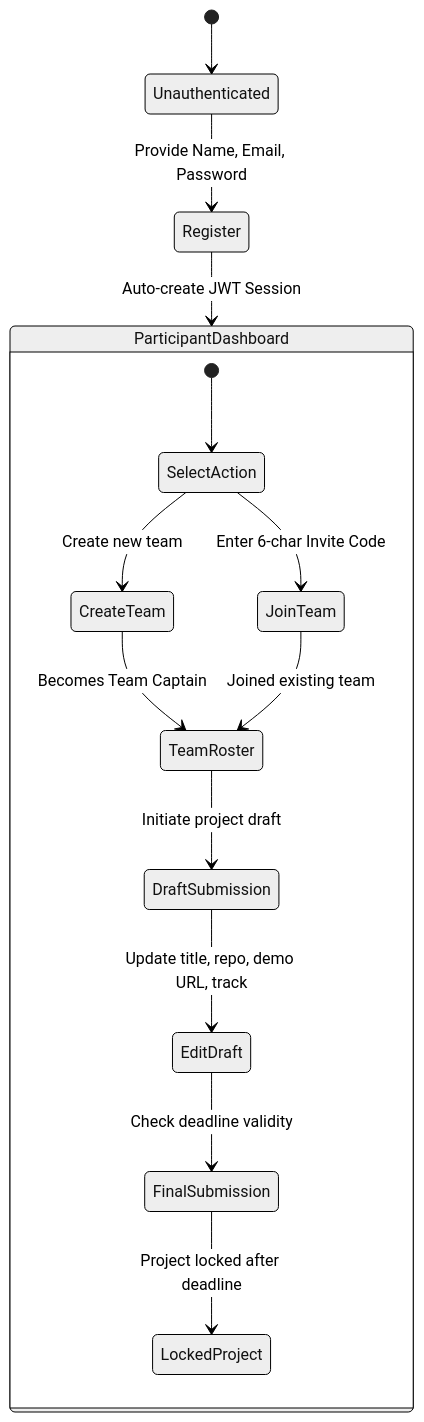
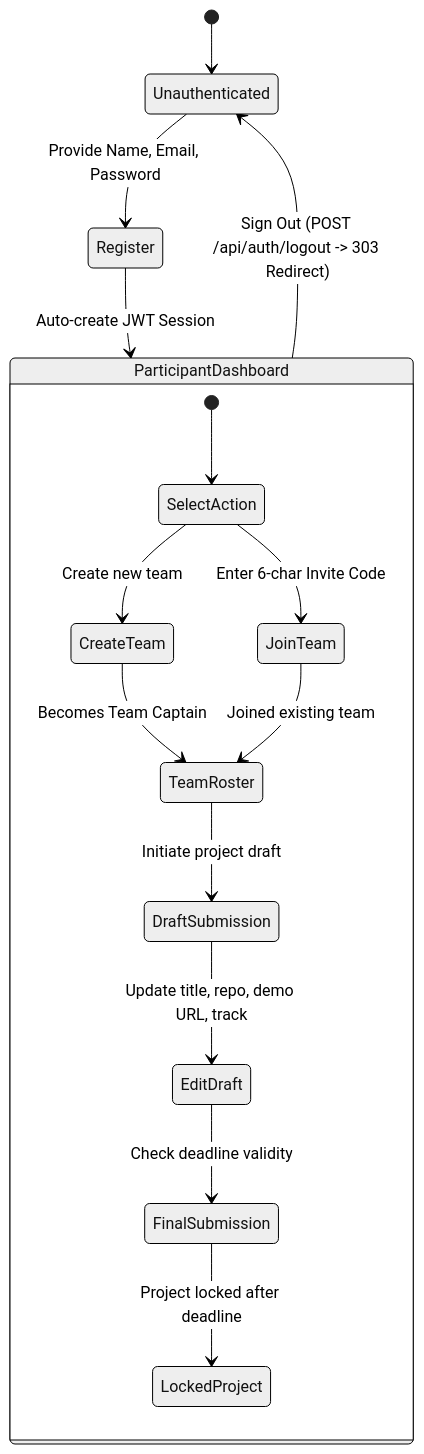
One commit to ganesh-charan/dogfood_hackathon changed the second of 3 diagrams in documentations/Appflow.md. Above: the diagram before and after it, drawn with Mermaid (neutral theme). The commit also changed 4 other files, not shown here.

````diff
--- a/documentations/Appflow.md
+++ b/documentations/Appflow.md
@@ -46,20 +46,22 @@
 ```mermaid
 stateDiagram-v2
     [*] --> Unauthenticated
     Unauthenticated --> Register: Provide Name, Email, Password
     Register --> ParticipantDashboard: Auto-create JWT Session
     
     state ParticipantDashboard {
         [*] --> SelectAction
         SelectAction --> CreateTeam: Create new team
         SelectAction --> JoinTeam: Enter 6-char Invite Code
         
         CreateTeam --> TeamRoster: Becomes Team Captain
         JoinTeam --> TeamRoster: Joined existing team
         
         TeamRoster --> DraftSubmission: Initiate project draft
         DraftSubmission --> EditDraft: Update title, repo, demo URL, track
         EditDraft --> FinalSubmission: Check deadline validity
         FinalSubmission --> LockedProject: Project locked after deadline
     }
+    
+    ParticipantDashboard --> Unauthenticated: Sign Out (POST /api/auth/logout -> 303 Redirect)
 ```
````
